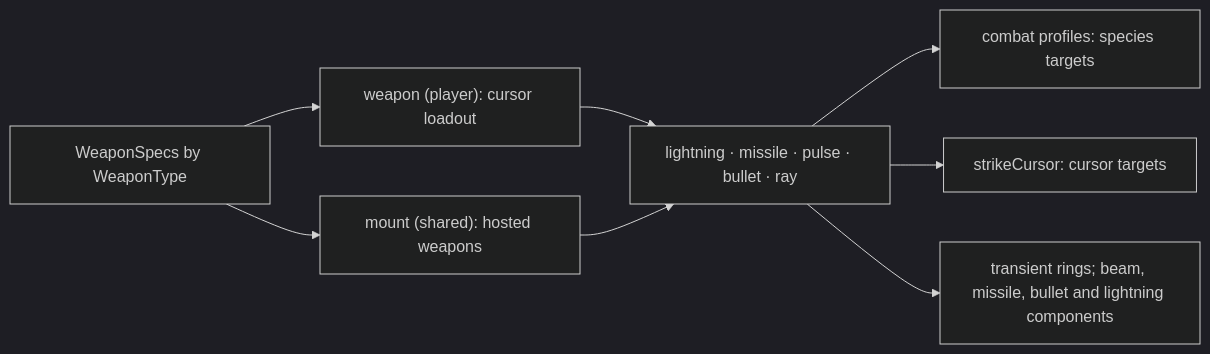
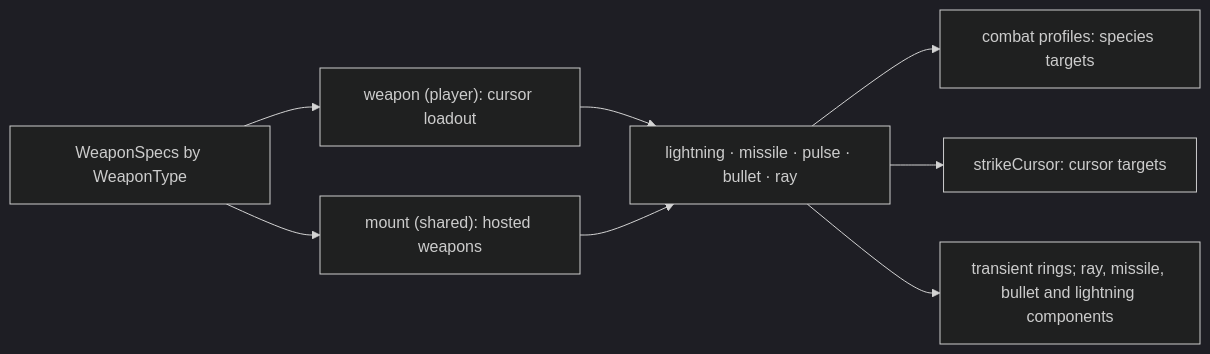
The diagram in doc/combat.md (lixenwraith/vif), drawn with Mermaid (dark theme) before and after one commit. The commit also changed other lines of this file and 35 other files, not shown here.

Commit message:
Replace the term beam with ray throughout

````diff
--- a/doc/combat.md
+++ b/doc/combat.md
@@ -29,10 +29,10 @@
 ```mermaid
 flowchart LR
     Spec["WeaponSpecs by WeaponType"] --> Weapon["weapon (player): cursor loadout"]
     Spec --> Mount["mount (shared): hosted weapons"]
     Weapon --> Delivery["lightning · missile · pulse · bullet · ray"]
     Mount --> Delivery
     Delivery --> Combat["combat profiles: species targets"]
     Delivery --> Strike["strikeCursor: cursor targets"]
-    Delivery --> Presented["transient rings; beam, missile, bullet and lightning components"]
+    Delivery --> Presented["transient rings; ray, missile, bullet and lightning components"]
 ```
````
